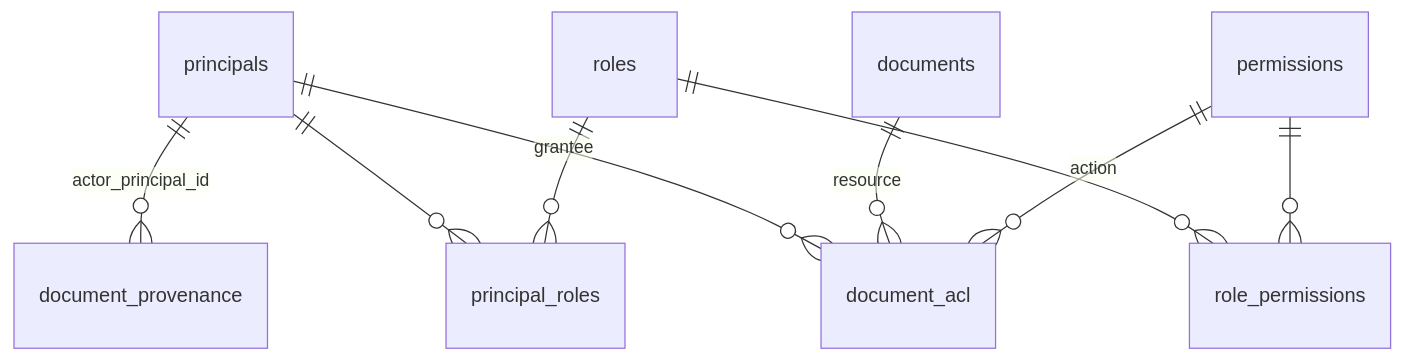
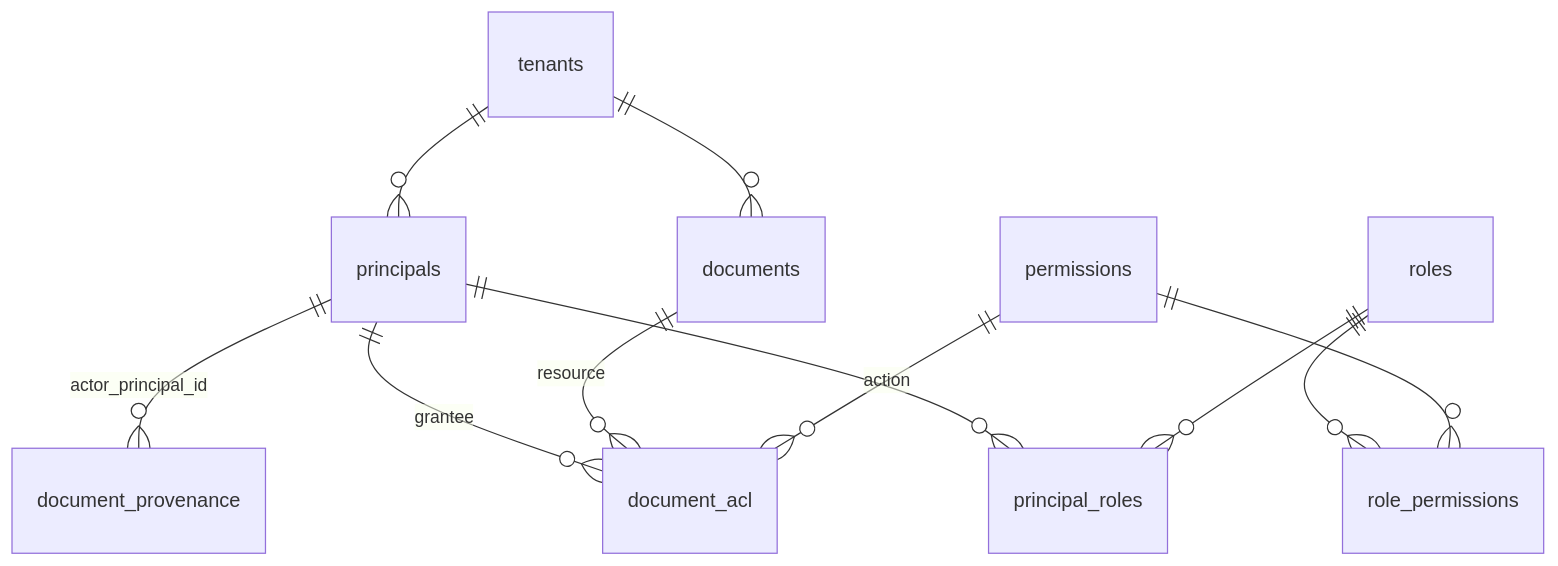
Before and after one commit to pedroanisio/doc-ray: the fifth of 5 diagrams in docs/DATABASE.md, drawn with Mermaid. The commit also changed other lines of this file and 8 other files, not shown here.

````diff
--- a/docs/DATABASE.md
+++ b/docs/DATABASE.md
@@ -117,11 +117,13 @@
 ```mermaid
 erDiagram
+    tenants          ||--o{ principals : ""
+    tenants          ||--o{ documents : ""
     principals       ||--o{ principal_roles : ""
     roles            ||--o{ principal_roles : ""
     roles            ||--o{ role_permissions : ""
     permissions      ||--o{ role_permissions : ""
     principals       ||--o{ document_acl : "grantee"
     documents        ||--o{ document_acl : "resource"
     permissions      ||--o{ document_acl : "action"
     principals       ||--o{ document_provenance : "actor_principal_id"
 ```
````
